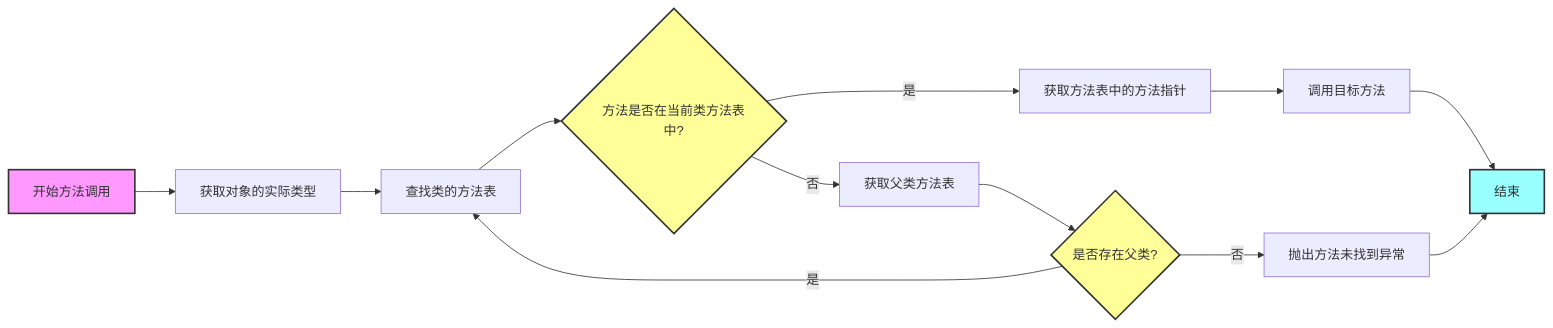
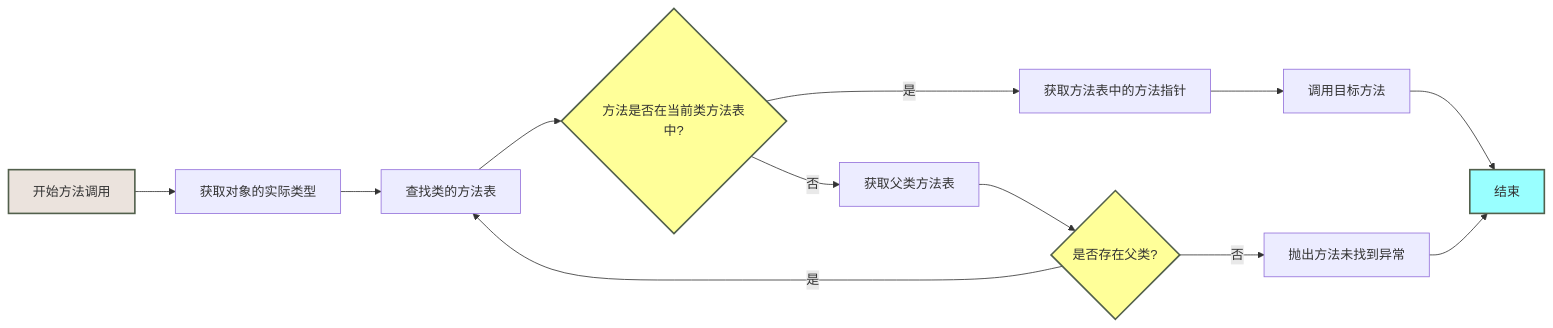
The sixth of 12 diagrams in static-analysis-guide/deep-dive-into-ssa-oop.mdx (yaklang/ssa.to), drawn with Mermaid before and after one commit. The commit also changed other lines of this file and 91 other files, not shown here.

````diff
--- a/static-analysis-guide/deep-dive-into-ssa-oop.mdx
+++ b/static-analysis-guide/deep-dive-into-ssa-oop.mdx
@@ -685,19 +693,19 @@
 ```mermaid
 flowchart LR
   A[开始方法调用] --> B[获取对象的实际类型]
   B --> C[查找类的方法表]
   C --> D{方法是否在当前类方法表中?}
   D -->|是| E[获取方法表中的方法指针]
   D -->|否| F[获取父类方法表]
   F --> G{是否存在父类?}
   G -->|是| C
   G -->|否| H[抛出方法未找到异常]
   E --> I[调用目标方法]
   I --> J[结束]
   H --> J[结束]
 
-  style A fill:#f9f,stroke:#333,stroke-width:2px
-  style J fill:#9ff,stroke:#333,stroke-width:2px
-  style D fill:#ff9,stroke:#333,stroke-width:2px
-  style G fill:#ff9,stroke:#333,stroke-width:2px
+  style A fill:#ebe3dd,stroke:#52604c,stroke-width:2px
+  style J fill:#9ff,stroke:#52604c,stroke-width:2px
+  style D fill:#ff9,stroke:#52604c,stroke-width:2px
+  style G fill:#ff9,stroke:#52604c,stroke-width:2px
 ```
````
